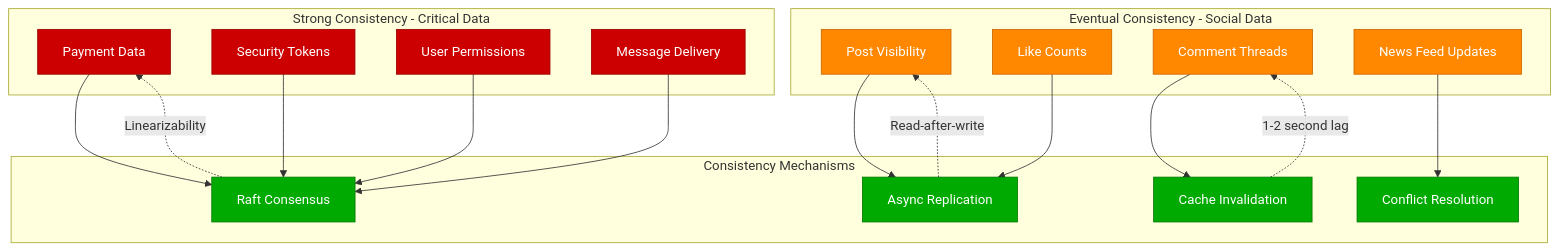
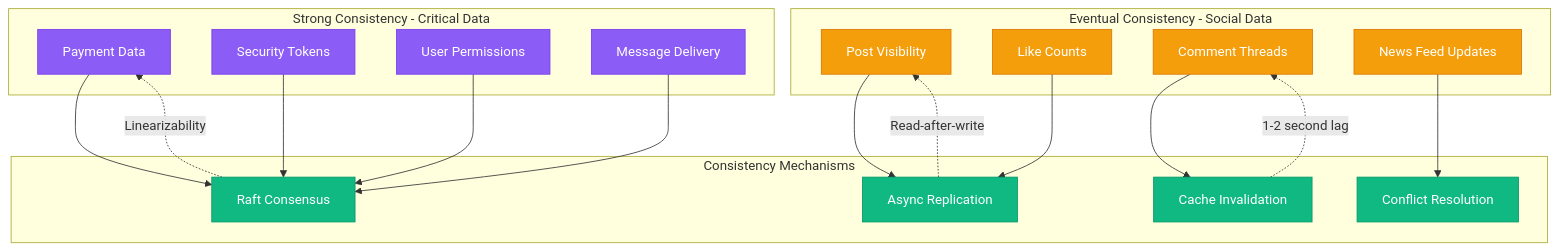
Before and after one commit to deepaucksharma/DS: the sixth of 7 diagrams in site/docs/systems/meta/storage-architecture.md, drawn with Mermaid. The commit also changed other lines of this file and 303 other files, not shown here.

````diff
--- a/site/docs/systems/meta/storage-architecture.md
+++ b/site/docs/systems/meta/storage-architecture.md
@@ -301,48 +301,48 @@
 ```mermaid
 graph TB
     subgraph StrongConsistency[Strong Consistency - Critical Data]
         FINANCIAL[Payment Data]
         SECURITY[Security Tokens]
         PERMISSIONS[User Permissions]
         MESSAGING[Message Delivery]
     end
 
     subgraph EventualConsistency[Eventual Consistency - Social Data]
         POSTS[Post Visibility]
         LIKES[Like Counts]
         COMMENTS[Comment Threads]
         FEED[News Feed Updates]
     end
 
     subgraph ConsistencyMechanisms[Consistency Mechanisms]
         RAFT_CONS[Raft Consensus]
         ASYNC_REP[Async Replication]
         CACHE_INV[Cache Invalidation]
         CONFLICT_RES[Conflict Resolution]
     end
 
     %% Strong consistency requirements
     FINANCIAL --> RAFT_CONS
     SECURITY --> RAFT_CONS
     PERMISSIONS --> RAFT_CONS
     MESSAGING --> RAFT_CONS
 
     %% Eventual consistency paths
     POSTS --> ASYNC_REP
     LIKES --> ASYNC_REP
     COMMENTS --> CACHE_INV
     FEED --> CONFLICT_RES
 
     %% Consistency guarantees
     RAFT_CONS -.->|"Linearizability"| FINANCIAL
     ASYNC_REP -.->|"Read-after-write"| POSTS
     CACHE_INV -.->|"1-2 second lag"| COMMENTS
 
-    classDef strongStyle fill:#CC0000,stroke:#990000,color:#fff
-    classDef eventualStyle fill:#FF8800,stroke:#CC6600,color:#fff
-    classDef mechanismStyle fill:#00AA00,stroke:#007700,color:#fff
+    classDef strongStyle fill:#8B5CF6,stroke:#7C3AED,color:#fff
+    classDef eventualStyle fill:#F59E0B,stroke:#D97706,color:#fff
+    classDef mechanismStyle fill:#10B981,stroke:#059669,color:#fff
 
     class FINANCIAL,SECURITY,PERMISSIONS,MESSAGING strongStyle
     class POSTS,LIKES,COMMENTS,FEED eventualStyle
     class RAFT_CONS,ASYNC_REP,CACHE_INV,CONFLICT_RES mechanismStyle
 ```
````
